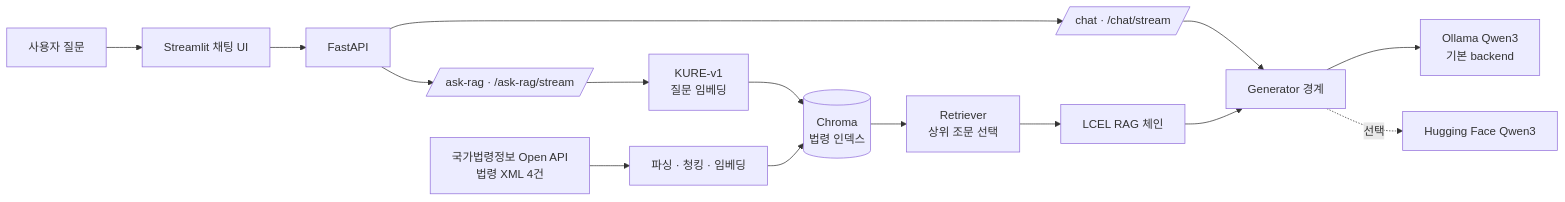
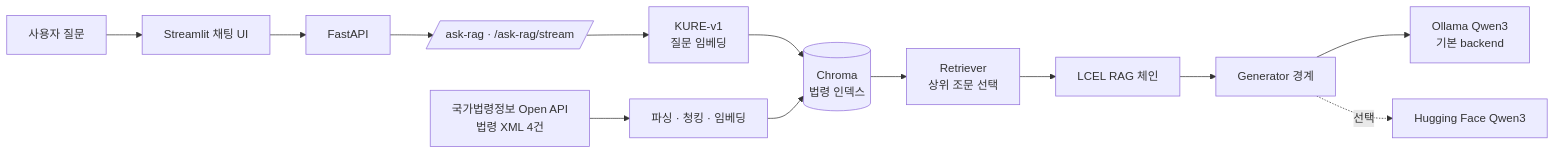
The diagram in README.md (SWHee/korean-chatbot-lab), drawn with Mermaid before and after one commit. The commit also changed other lines of this file and 3 other files, not shown here.

Commit message:
refactor(api): remove standard chat endpoints

````diff
--- a/README.md
+++ b/README.md
@@ -23,20 +23,19 @@
 ```mermaid
 flowchart LR
     U[사용자 질문] --> UI[Streamlit 채팅 UI]
     UI --> API[FastAPI]
 
-    API --> C[/chat · /chat/stream/]
-    C --> G[Generator 경계]
+    G[Generator 경계]
     G --> O[Ollama Qwen3<br/>기본 backend]
     G -. 선택 .-> H[Hugging Face Qwen3]
 
     API --> R[/ask-rag · /ask-rag/stream/]
     R --> E[KURE-v1<br/>질문 임베딩]
     E --> V[(Chroma<br/>법령 인덱스)]
     V --> T[Retriever<br/>상위 조문 선택]
     T --> L[LCEL RAG 체인]
     L --> G
 
     X[국가법령정보 Open API<br/>법령 XML 4건] --> P[파싱 · 청킹 · 임베딩]
     P --> V
 ```
````
